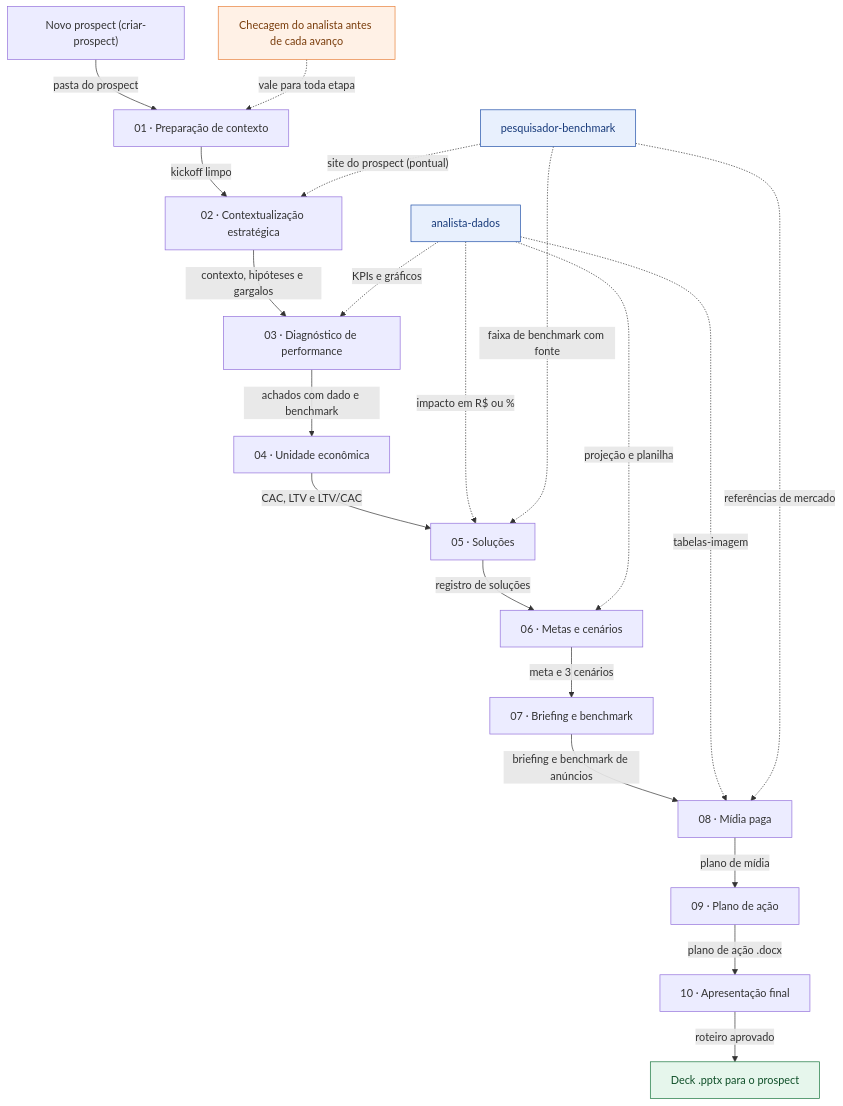
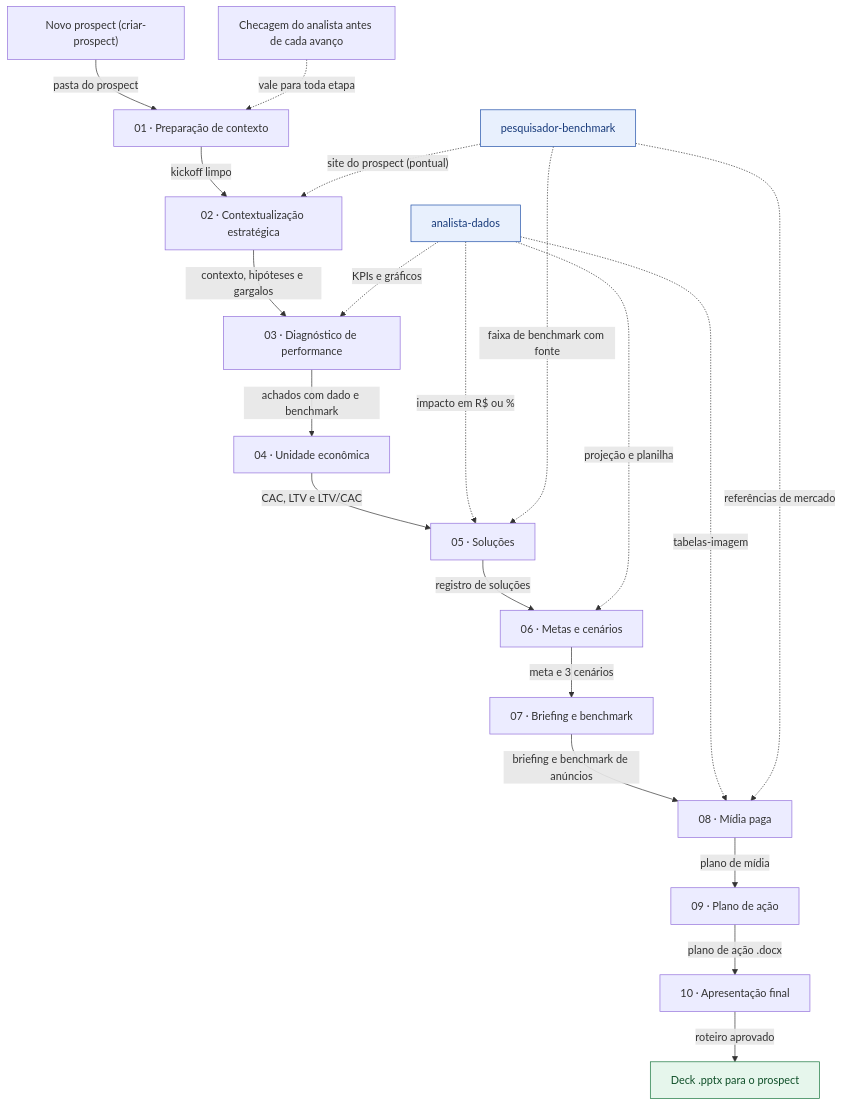
The diagram in .claude/skills/_shared/fluxo-geral.mmd (MatheusBoomer/growth-cycle-boomer), drawn with Mermaid before and after one commit. The commit also changed 9 other files, not shown here.

```diff
--- a/.claude/skills/_shared/fluxo-geral.mmd
+++ b/.claude/skills/_shared/fluxo-geral.mmd
@@ -1,44 +1,43 @@
 flowchart TD
   NP["Novo prospect (criar-prospect)"]
   E01["01 · Preparação de contexto"]
   E02["02 · Contextualização estratégica"]
   E03["03 · Diagnóstico de performance"]
   E04["04 · Unidade econômica"]
   E05["05 · Soluções"]
   E06["06 · Metas e cenários"]
   E07["07 · Briefing e benchmark"]
   E08["08 · Mídia paga"]
   E09["09 · Plano de ação"]
   E10["10 · Apresentação final"]
   FIM["Deck .pptx para o prospect"]
   AD["analista-dados"]
   PB["pesquisador-benchmark"]
   CK["Checagem do analista antes de cada avanço"]
 
   NP -->|"pasta do prospect"| E01
   E01 -->|"kickoff limpo"| E02
   E02 -->|"contexto, hipóteses e gargalos"| E03
   E03 -->|"achados com dado e benchmark"| E04
   E04 -->|"CAC, LTV e LTV/CAC"| E05
   E05 -->|"registro de soluções"| E06
   E06 -->|"meta e 3 cenários"| E07
   E07 -->|"briefing e benchmark de anúncios"| E08
   E08 -->|"plano de mídia"| E09
   E09 -->|"plano de ação .docx"| E10
   E10 -->|"roteiro aprovado"| FIM
 
   AD -.->|"KPIs e gráficos"| E03
   AD -.->|"impacto em R$ ou %"| E05
   AD -.->|"projeção e planilha"| E06
   AD -.->|"tabelas-imagem"| E08
   PB -.->|"site do prospect (pontual)"| E02
   PB -.->|"faixa de benchmark com fonte"| E05
   PB -.->|"referências de mercado"| E08
   CK -.->|"vale para toda etapa"| E01
 
   class AD,PB subagente
   class FIM entrega
-  class CK checkpoint
   classDef checkpoint fill:#fff1e6,stroke:#e8803a,color:#7a3d0c
   classDef subagente fill:#e8f0fd,stroke:#1f4fa8,color:#173a7a
   classDef entrega fill:#e6f6ec,stroke:#16743b,color:#0f4f28
```
